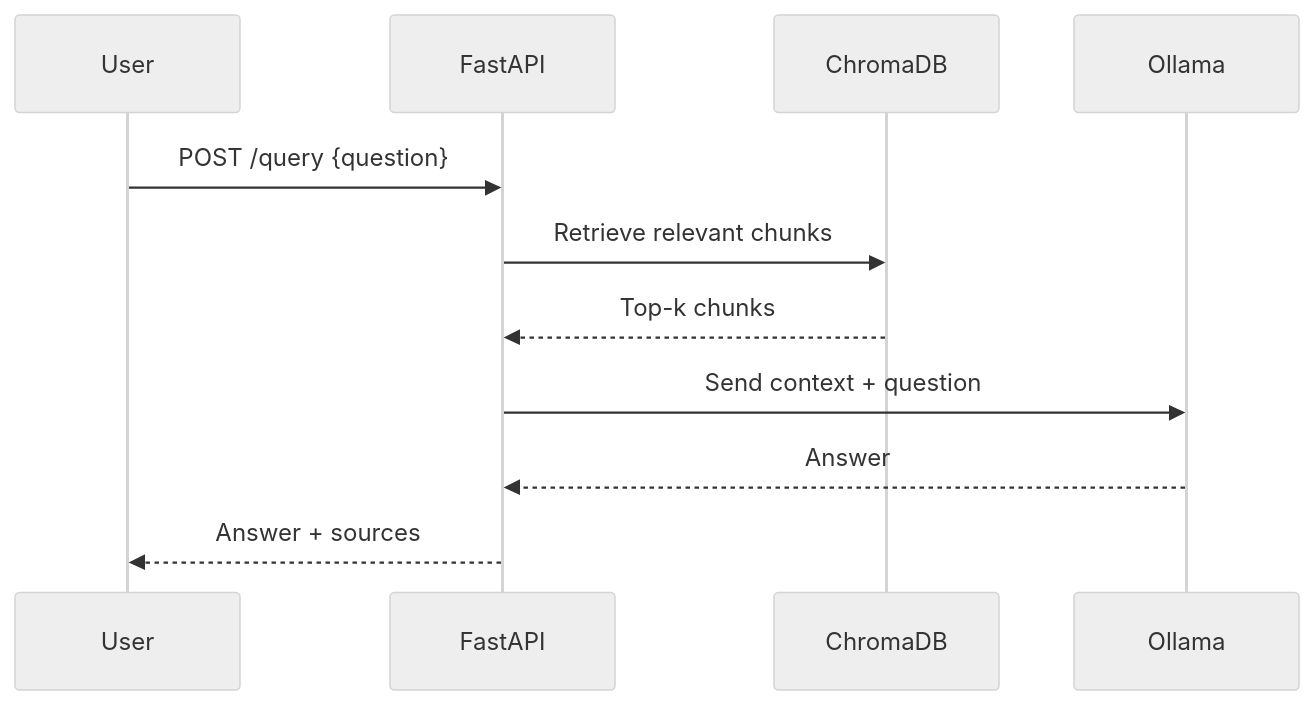
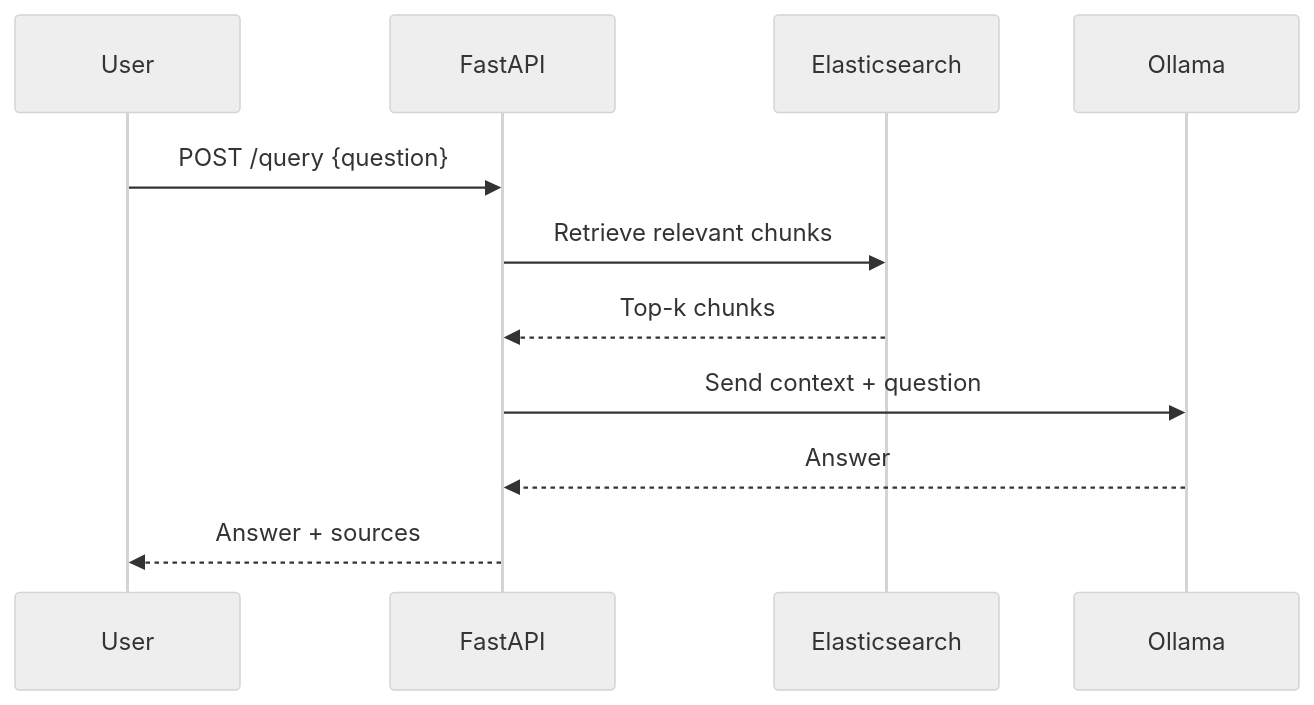
One commit to PAlejandroQ/Puc_RAG changed the second of 2 diagrams in README.md. Above: the diagram before and after it, drawn with Mermaid (neutral theme). The commit also changed other lines of this file and 3 other files, not shown here.

Commit message:
Replace ChromaDB with Elasticsearch in the RAG Document Q&A API. Updated docker-compose.yml, README.md, requirements.txt, and main.py to reflect the new vector store integration. Adjusted environment variables and initialization logic for Elasticsearch.

````diff
--- a/README.md
+++ b/README.md
@@ -108,13 +108,13 @@
 ```mermaid
 sequenceDiagram
     participant U as User
     participant API as FastAPI
-    participant V as ChromaDB
+    participant V as Elasticsearch
     participant L as Ollama
     U->>API: POST /query {question}
     API->>V: Retrieve relevant chunks
     V-->>API: Top-k chunks
     API->>L: Send context + question
     L-->>API: Answer
     API-->>U: Answer + sources
 ```
````
